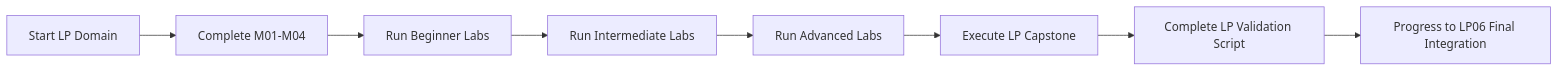
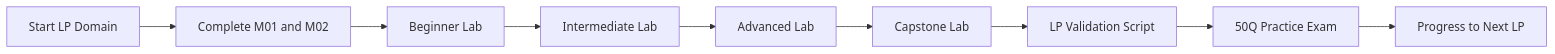
Before and after one commit to ITech3875Dev/insighttech-az204-enterprise: the second of 2 diagrams in docs/architecture/overall-lab-program-architecture.md, drawn with Mermaid. The commit also changed other lines of this file and 14 other files, not shown here.

````diff
--- a/docs/architecture/overall-lab-program-architecture.md
+++ b/docs/architecture/overall-lab-program-architecture.md
@@ -33,10 +35,11 @@
 ```mermaid
 flowchart LR
-    S1[Start LP Domain] --> S2[Complete M01-M04]
-    S2 --> S3[Run Beginner Labs]
-    S3 --> S4[Run Intermediate Labs]
-    S4 --> S5[Run Advanced Labs]
-    S5 --> S6[Execute LP Capstone]
-    S6 --> S7[Complete LP Validation Script]
-    S7 --> S8[Progress to LP06 Final Integration]
+    S1[Start LP Domain] --> S2[Complete M01 and M02]
+    S2 --> S3[Beginner Lab]
+    S3 --> S4[Intermediate Lab]
+    S4 --> S5[Advanced Lab]
+    S5 --> S6[Capstone Lab]
+    S6 --> S7[LP Validation Script]
+    S7 --> S8[50Q Practice Exam]
+    S8 --> S9[Progress to Next LP]
 ```
````
